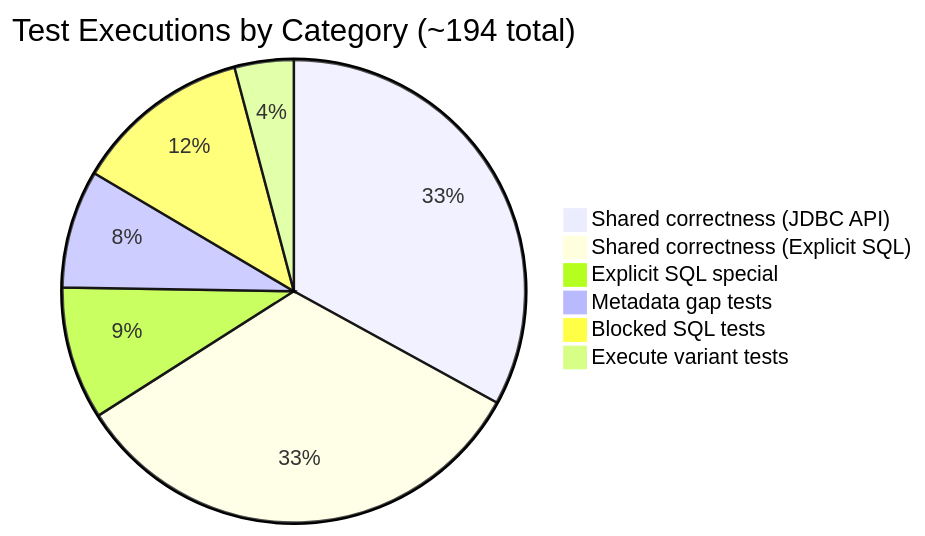
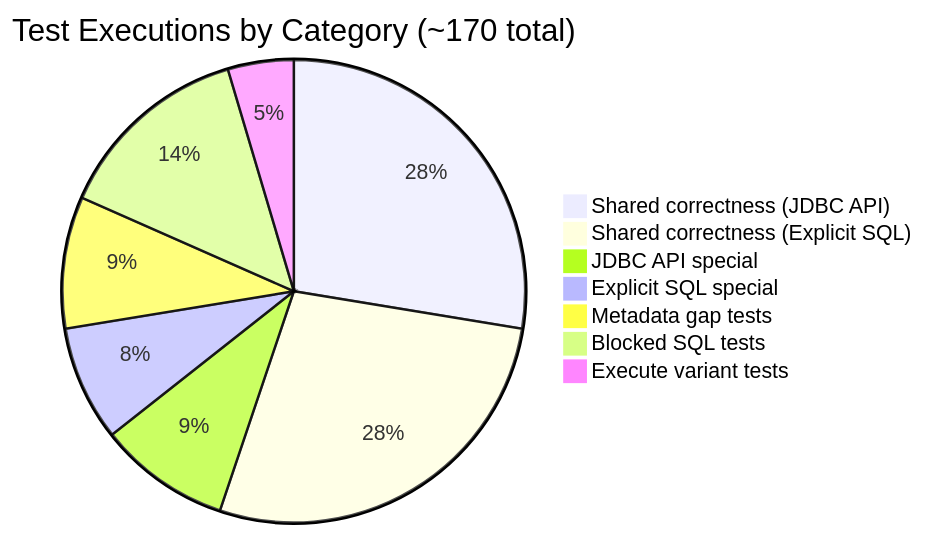
Before and after one commit to databricks/databricks-jdbc: the ninth of 10 diagrams in docs/mst-test-design.md, drawn with Mermaid. The commit also changed other lines of this file, not shown here.

First line of the commit message:
Address PR review comments on MST test design

````diff
--- a/docs/mst-test-design.md
+++ b/docs/mst-test-design.md
@@ -406,9 +447,10 @@
 ```mermaid
-pie title Test Executions by Category (~194 total)
-    "Shared correctness (JDBC API)" : 64
-    "Shared correctness (Explicit SQL)" : 64
-    "Explicit SQL special" : 18
+pie title Test Executions by Category (~170 total)
+    "Shared correctness (JDBC API)" : 48
+    "Shared correctness (Explicit SQL)" : 48
+    "JDBC API special" : 16
+    "Explicit SQL special" : 14
     "Metadata gap tests" : 16
     "Blocked SQL tests" : 24
     "Execute variant tests" : 8
 ```
````
